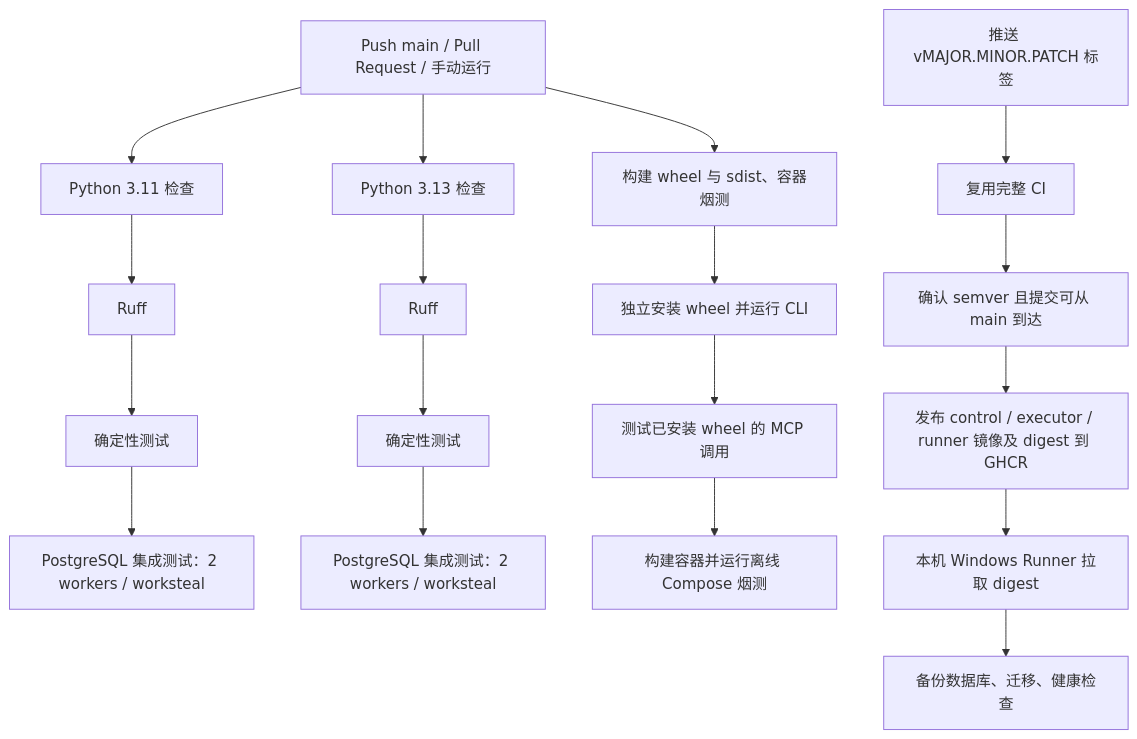
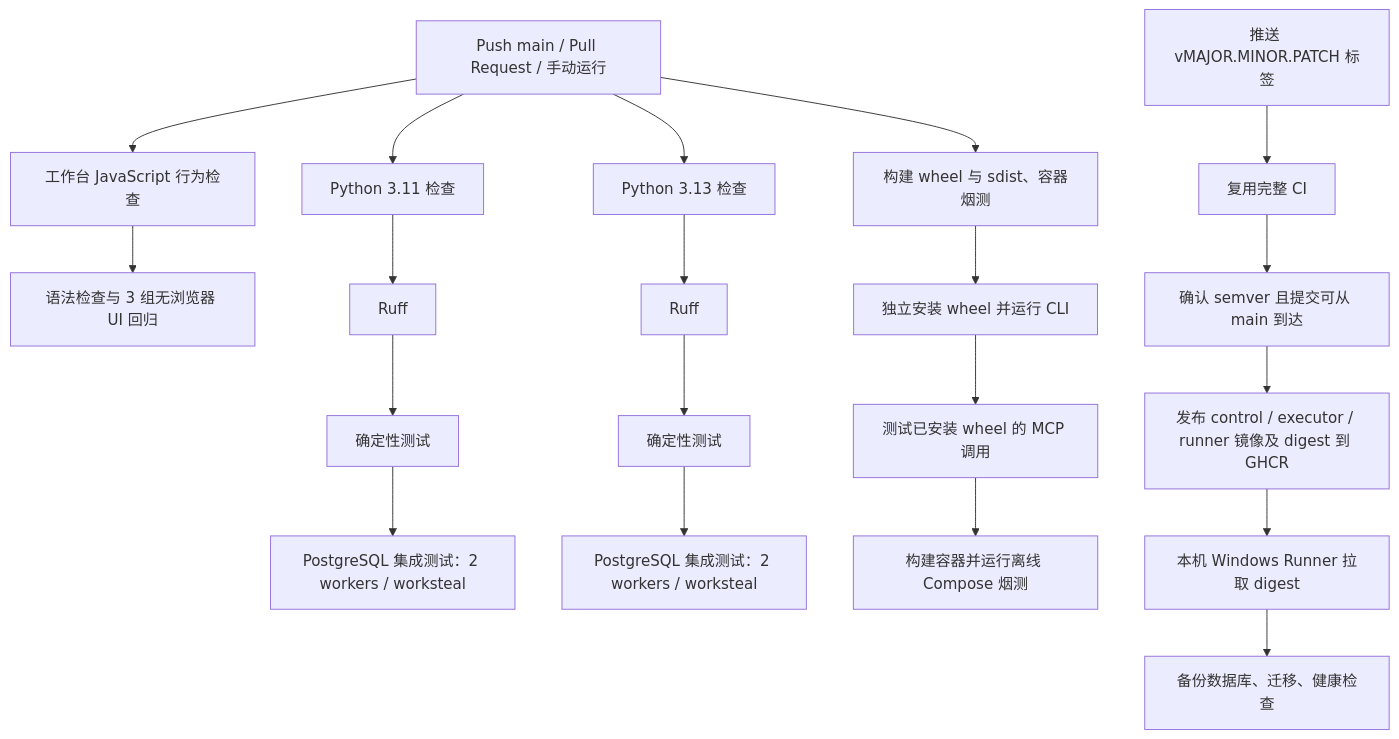
Before and after one commit to shuaibilx/DecAgent: the diagram in generated/261016/CI-CD/1938_GitHub_Actions持续集成教程.md, drawn with Mermaid. The commit also changed other lines of this file and 31 other files, not shown here.

Commit message:
docs: align evaluation specs and delivery roadmap

````diff
--- a/generated/261016/CI-CD/1938_GitHub_Actions持续集成教程.md
+++ b/generated/261016/CI-CD/1938_GitHub_Actions持续集成教程.md
@@ -24,20 +29,22 @@
 ```mermaid
 flowchart TD
     A[Push main / Pull Request / 手动运行] --> B[Python 3.11 检查]
     A --> C[Python 3.13 检查]
+    A --> U[工作台 JavaScript 行为检查]
+    U --> U1[语法检查与 3 组无浏览器 UI 回归]
     B --> B1[Ruff]
     B1 --> B2[确定性测试]
     B2 --> B3[PostgreSQL 集成测试：2 workers / worksteal]
     C --> C1[Ruff]
     C1 --> C2[确定性测试]
     C2 --> C3[PostgreSQL 集成测试：2 workers / worksteal]
     A --> D[构建 wheel 与 sdist、容器烟测]
     D --> E[独立安装 wheel 并运行 CLI]
     E --> F[测试已安装 wheel 的 MCP 调用]
     F --> G[构建容器并运行离线 Compose 烟测]
     H[推送 vMAJOR.MINOR.PATCH 标签] --> I[复用完整 CI]
     I --> J[确认 semver 且提交可从 main 到达]
     J --> K[发布 control / executor / runner 镜像及 digest 到 GHCR]
     K --> L[本机 Windows Runner 拉取 digest]
     L --> M[备份数据库、迁移、健康检查]
 ```
````
